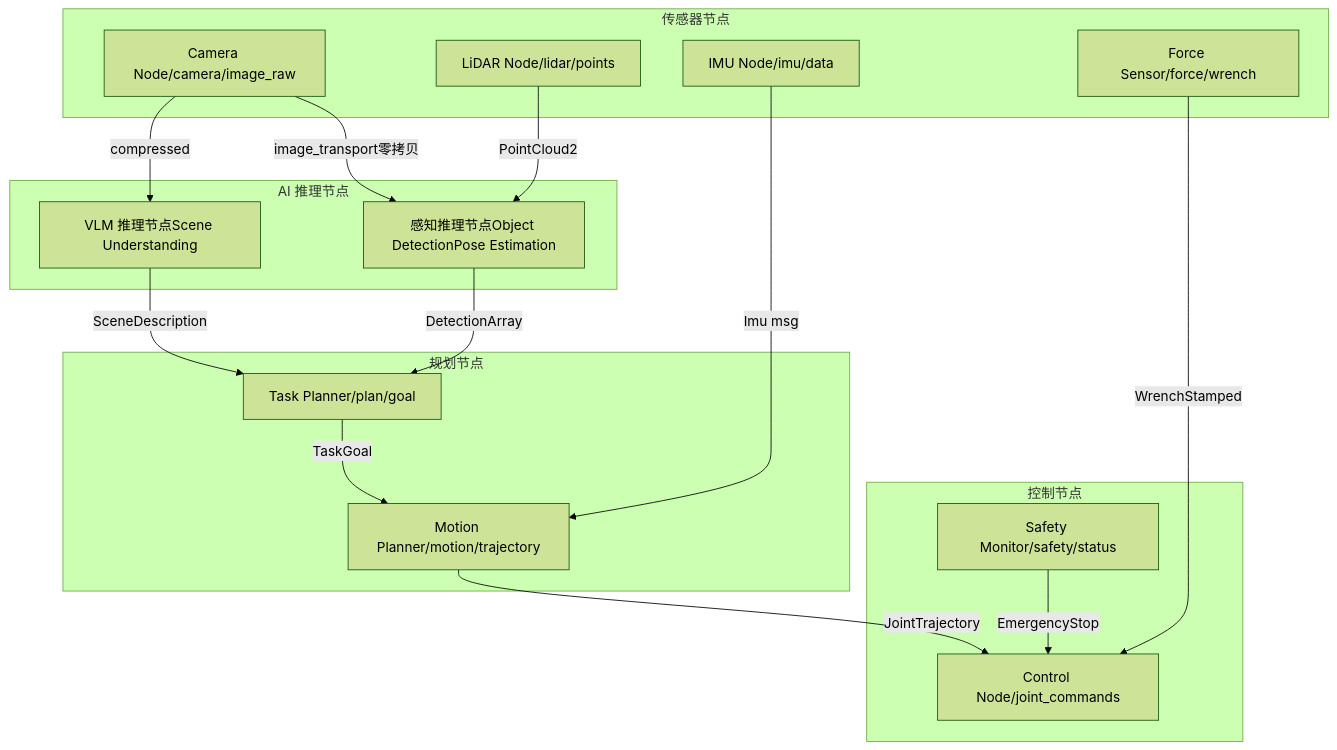
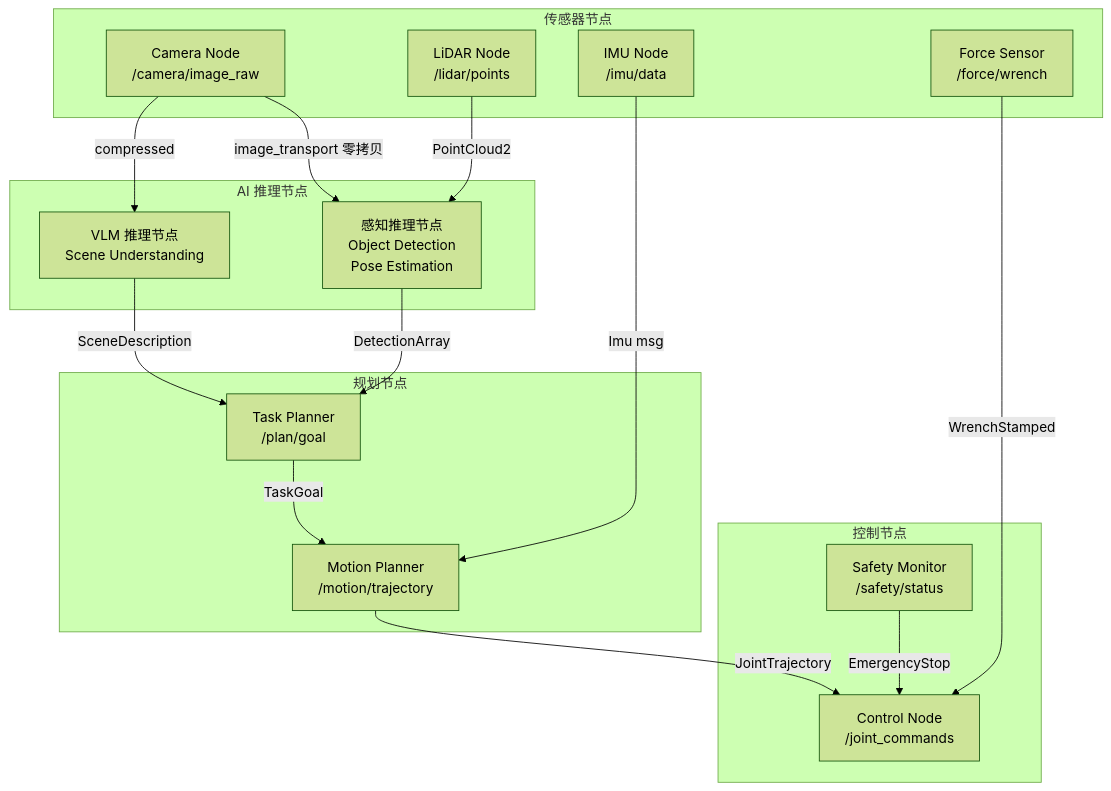
One commit to ranpin/edge-ai-docs changed the third of 3 diagrams in robot/general/platforms.md. Above: the diagram before and after it, drawn with Mermaid (forest theme). The commit also changed other lines of this file and 4 other files, not shown here.

````diff
--- a/robot/general/platforms.md
+++ b/robot/general/platforms.md
@@ -171,35 +251,35 @@
 ```mermaid
 graph TB
     subgraph 传感器节点
-        CAM["Camera Node/camera/image_raw"]
-        LIDAR["LiDAR Node/lidar/points"]
-        IMU["IMU Node/imu/data"]
-        FORCE["Force Sensor/force/wrench"]
+        CAM["Camera Node<br/>/camera/image_raw"]
+        LIDAR["LiDAR Node<br/>/lidar/points"]
+        IMU["IMU Node<br/>/imu/data"]
+        FORCE["Force Sensor<br/>/force/wrench"]
     end
 
     subgraph AI 推理节点
-        PERCEPT["感知推理节点Object DetectionPose Estimation"]
-        VLM["VLM 推理节点Scene Understanding"]
+        PERCEPT["感知推理节点<br/>Object Detection<br/>Pose Estimation"]
+        VLM["VLM 推理节点<br/>Scene Understanding"]
     end
 
     subgraph 规划节点
-        PLAN["Task Planner/plan/goal"]
-        MOTION["Motion Planner/motion/trajectory"]
+        PLAN["Task Planner<br/>/plan/goal"]
+        MOTION["Motion Planner<br/>/motion/trajectory"]
     end
 
     subgraph 控制节点
-        CTRL["Control Node/joint_commands"]
-        SAFE["Safety Monitor/safety/status"]
+        CTRL["Control Node<br/>/joint_commands"]
+        SAFE["Safety Monitor<br/>/safety/status"]
     end
 
-    CAM -->|image_transport零拷贝| PERCEPT
+    CAM -->|"image_transport 零拷贝"| PERCEPT
     LIDAR -->|PointCloud2| PERCEPT
     IMU -->|Imu msg| MOTION
     FORCE -->|WrenchStamped| CTRL
     CAM -->|compressed| VLM
     PERCEPT -->|DetectionArray| PLAN
     VLM -->|SceneDescription| PLAN
     PLAN -->|TaskGoal| MOTION
     MOTION -->|JointTrajectory| CTRL
     SAFE -->|EmergencyStop| CTRL
 ```
````
